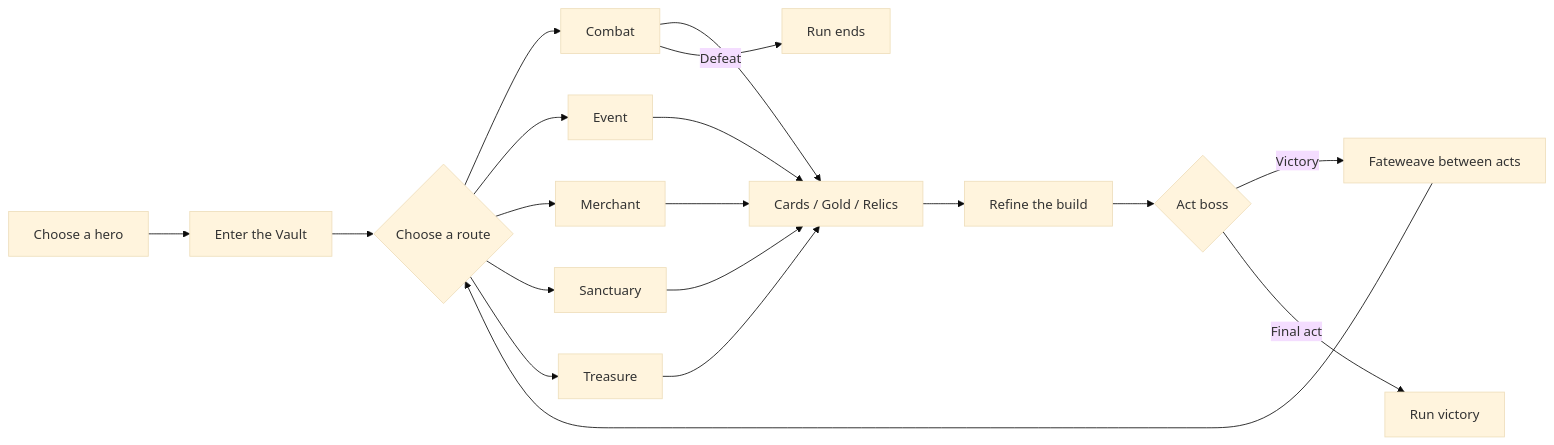
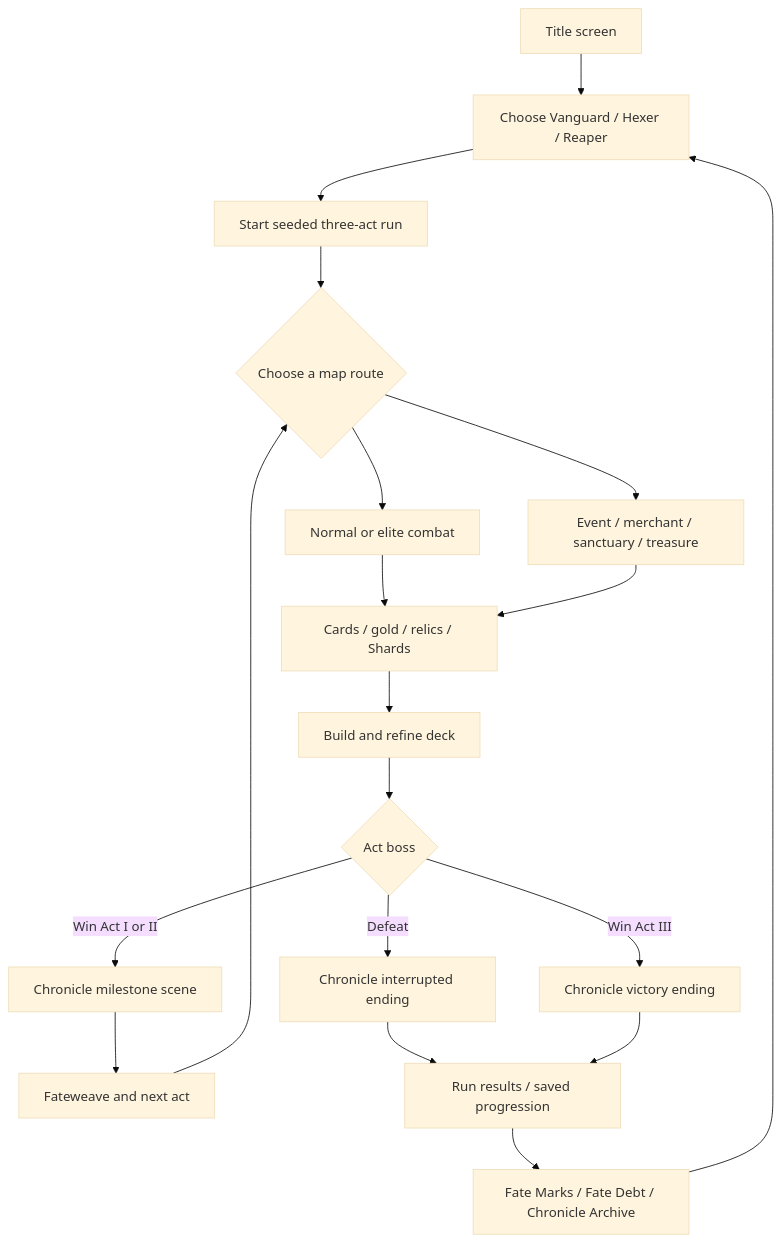
Before and after one commit to riverhine1-max/gilded-fate: the first of 3 diagrams in README.md, drawn with Mermaid (base theme). The commit also changed other lines of this file and 1 other file, not shown here.

````diff
--- a/README.md
+++ b/README.md
@@ -43,21 +79,21 @@
 ```mermaid
-flowchart LR
-    A[Choose a hero] --> B[Enter the Vault]
-    B --> C{Choose a route}
-    C --> D[Combat]
-    C --> E[Event]
-    C --> F[Merchant]
-    C --> G[Sanctuary]
-    C --> H[Treasure]
-    D --> I[Cards / Gold / Relics]
-    E --> I
-    F --> I
-    G --> I
-    H --> I
-    I --> J[Refine the build]
-    J --> K{Act boss}
-    K -->|Victory| L[Fateweave between acts]
-    L --> C
-    K -->|Final act| M[Run victory]
-    D -->|Defeat| N[Run ends]
+flowchart TD
+    A[Title screen] --> B[Choose Vanguard / Hexer / Reaper]
+    B --> C[Start seeded three-act run]
+    C --> D{Choose a map route}
+    D --> E[Normal or elite combat]
+    D --> F[Event / merchant / sanctuary / treasure]
+    E --> G[Cards / gold / relics / Shards]
+    F --> G
+    G --> H[Build and refine deck]
+    H --> I{Act boss}
+    I -->|Win Act I or II| J[Chronicle milestone scene]
+    J --> K[Fateweave and next act]
+    K --> D
+    I -->|Defeat| L[Chronicle interrupted ending]
+    I -->|Win Act III| M[Chronicle victory ending]
+    L --> N[Run results / saved progression]
+    M --> N
+    N --> O[Fate Marks / Fate Debt / Chronicle Archive]
+    O --> B
 ```
````
